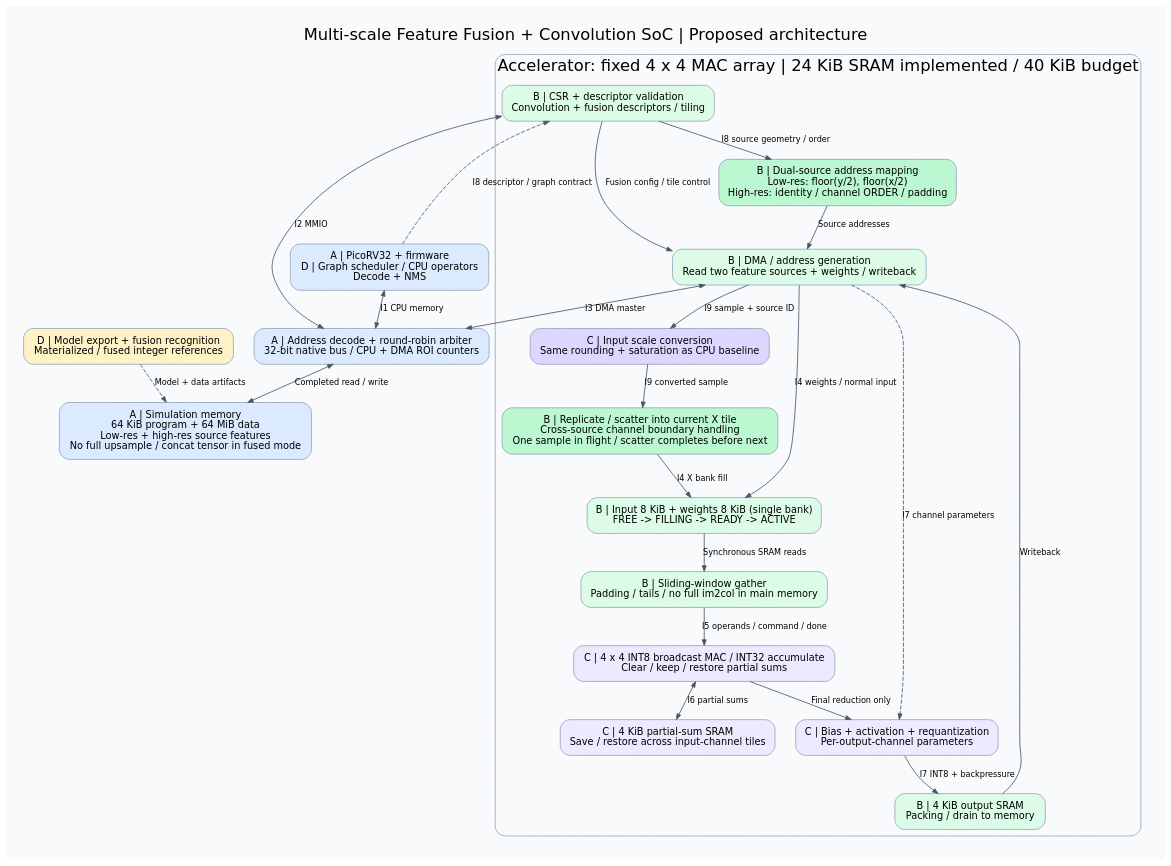
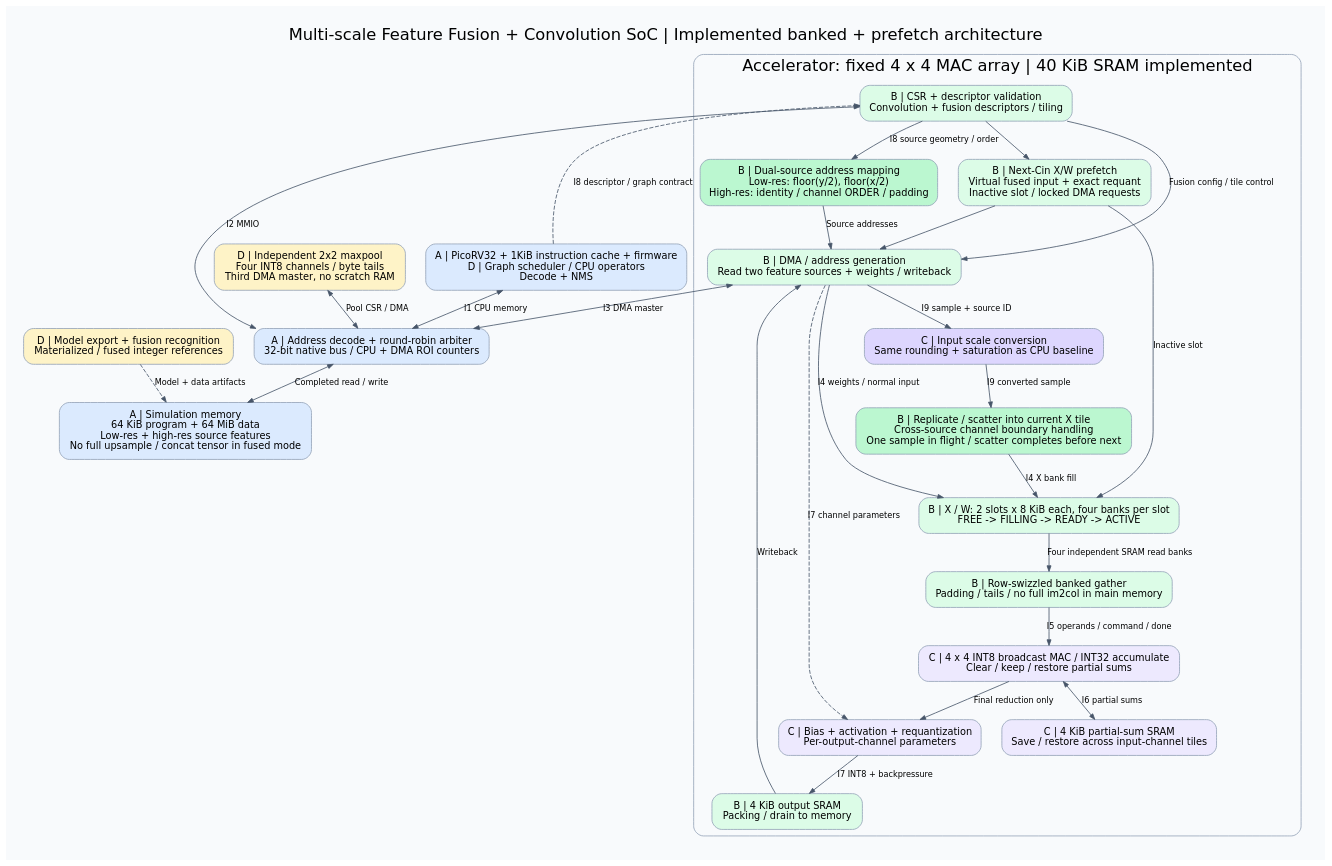
One commit to PimeGiano/ai-soc changed the diagram in docs/architecture.dot. Above: the diagram before and after it, drawn with Graphviz. The commit also changed 97 other files, not shown here.

```diff
--- a/docs/architecture.dot
+++ b/docs/architecture.dot
@@ -1,43 +1,49 @@
 digraph DetectionSoC {
-  graph [rankdir=TB, bgcolor="#f8fafc", pad="0.3", nodesep="0.35", ranksep="0.5", fontname="DejaVu Sans", label="Multi-scale Feature Fusion + Convolution SoC | Proposed architecture", labelloc=t, fontsize=20];
+  graph [rankdir=TB, bgcolor="#f8fafc", pad="0.3", nodesep="0.35", ranksep="0.5", fontname="DejaVu Sans", label="Multi-scale Feature Fusion + Convolution SoC | Implemented banked + prefetch architecture", labelloc=t, fontsize=20];
   node [shape=box, style="rounded,filled", fontname="DejaVu Sans", fontsize=12, color="#94a3b8", fillcolor="white", margin="0.18,0.12"];
   edge [fontname="DejaVu Sans", fontsize=10, color="#475569", arrowsize=0.7];
   host [label="D | Model export + fusion recognition\nMaterialized / fused integer references", fillcolor="#fef3c7"];
-  cpu [label="A | PicoRV32 + firmware\nD | Graph scheduler / CPU operators\nDecode + NMS", fillcolor="#dbeafe"];
+  cpu [label="A | PicoRV32 + 1KiB instruction cache + firmware\nD | Graph scheduler / CPU operators\nDecode + NMS", fillcolor="#dbeafe"];
   bus [label="A | Address decode + round-robin arbiter\n32-bit native bus / CPU + DMA ROI counters", fillcolor="#dbeafe"];
+  pool [label="D | Independent 2x2 maxpool\nFour INT8 channels / byte tails\nThird DMA master, no scratch RAM", fillcolor="#fef3c7"];
   mem [label="A | Simulation memory\n64 KiB program + 64 MiB data\nLow-res + high-res source features\nNo full upsample / concat tensor in fused mode", fillcolor="#dbeafe"];
   subgraph cluster_accel {
-    label="Accelerator: fixed 4 x 4 MAC array | 24 KiB SRAM implemented / 40 KiB budget"; color="#94a3b8"; style=rounded; fontname="DejaVu Sans";
+    label="Accelerator: fixed 4 x 4 MAC array | 40 KiB SRAM implemented"; color="#94a3b8"; style=rounded; fontname="DejaVu Sans";
     ctrl [label="B | CSR + descriptor validation\nConvolution + fusion descriptors / tiling", fillcolor="#dcfce7"];
     dma [label="B | DMA / address generation\nRead two feature sources + weights / writeback", fillcolor="#dcfce7"];
     mapper [label="B | Dual-source address mapping\nLow-res: floor(y/2), floor(x/2)\nHigh-res: identity / channel ORDER / padding", fillcolor="#bbf7d0"];
     iq [label="C | Input scale conversion\nSame rounding + saturation as CPU baseline", fillcolor="#ddd6fe"];
     scatter [label="B | Replicate / scatter into current X tile\nCross-source channel boundary handling\nOne sample in flight / scatter completes before next", fillcolor="#bbf7d0"];
-    buf [label="B | Input 8 KiB + weights 8 KiB (single bank)\nFREE -> FILLING -> READY -> ACTIVE", fillcolor="#dcfce7"];
-    gather [label="B | Sliding-window gather\nPadding / tails / no full im2col in main memory", fillcolor="#dcfce7"];
+    buf [label="B | X / W: 2 slots x 8 KiB each, four banks per slot\nFREE -> FILLING -> READY -> ACTIVE", fillcolor="#dcfce7"];
+    prefetch [label="B | Next-Cin X/W prefetch\nVirtual fused input + exact requant\nInactive slot / locked DMA requests", fillcolor="#dcfce7"];
+    gather [label="B | Row-swizzled banked gather\nPadding / tails / no full im2col in main memory", fillcolor="#dcfce7"];
     core [label="C | 4 x 4 INT8 broadcast MAC / INT32 accumulate\nClear / keep / restore partial sums", fillcolor="#ede9fe"];
     psum [label="C | 4 KiB partial-sum SRAM\nSave / restore across input-channel tiles", fillcolor="#ede9fe"];
     quant [label="C | Bias + activation + requantization\nPer-output-channel parameters", fillcolor="#ede9fe"];
     out [label="B | 4 KiB output SRAM\nPacking / drain to memory", fillcolor="#dcfce7"];
   }
   host -> mem [style=dashed, label="Model + data artifacts"];
   cpu -> bus [dir=both, label="I1 CPU memory"];
+  pool -> bus [dir=both, label="Pool CSR / DMA"];
   bus -> mem [dir=both, label="Completed read / write"];
   bus -> ctrl [dir=both, label="I2 MMIO"];
+  ctrl -> prefetch;
+  prefetch -> dma;
+  prefetch -> buf [label="Inactive slot"];
   ctrl -> dma [label="Fusion config / tile control"];
   dma -> bus [dir=both, label="I3 DMA master"];
   ctrl -> mapper [label="I8 source geometry / order"];
   mapper -> dma [label="Source addresses"];
   dma -> iq [label="I9 sample + source ID"];
   iq -> scatter [label="I9 converted sample"];
   scatter -> buf [label="I4 X bank fill"];
   dma -> buf [label="I4 weights / normal input"];
-  buf -> gather [label="Synchronous SRAM reads"];
+  buf -> gather [label="Four independent SRAM read banks"];
   gather -> core [label="I5 operands / command / done"];
   core -> psum [dir=both, label="I6 partial sums"];
   core -> quant [label="Final reduction only"];
   dma -> quant [style=dashed, label="I7 channel parameters"];
   quant -> out [label="I7 INT8 + backpressure"];
   out -> dma [label="Writeback"];
   cpu -> ctrl [style=dashed, label="I8 descriptor / graph contract", constraint=false];
 }
```
